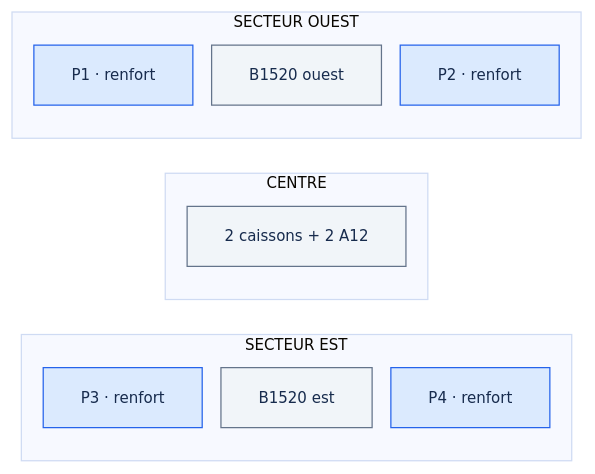
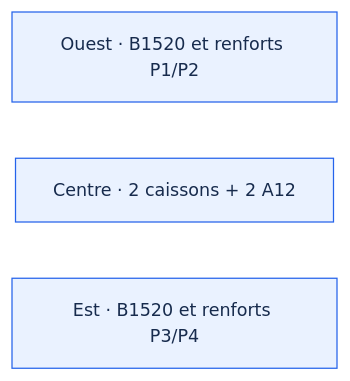
One commit to HAZIT-FR/PGE-SONO changed the third of 3 diagrams in README.md. Above: the diagram before and after it, drawn with Mermaid. The commit also changed other lines of this file, not shown here.

````diff
--- a/README.md
+++ b/README.md
@@ -97,25 +90,12 @@
 ```mermaid
-%%{init: {"flowchart": {"nodeSpacing": 15, "rankSpacing": 28, "htmlLabels": false}, "theme": "base", "themeVariables": {"fontSize": "12px", "lineColor": "#64748b"}}}%%
+%%{init: {"flowchart": {"nodeSpacing": 35, "rankSpacing": 45, "htmlLabels": false}, "theme": "base", "themeVariables": {"fontSize": "14px", "lineColor": "#64748b"}}}%%
 flowchart TB
-  subgraph West["SECTEUR OUEST"]
-    direction TB
-    P1["P1 · renfort"]
-    O["B1520 ouest"]
-    P2["P2 · renfort"]
-  end
-  subgraph Center["CENTRE"]
-    direction TB
-    C["2 caissons + 2 A12"]
-  end
-  subgraph East["SECTEUR EST"]
-    direction TB
-    P3["P3 · renfort"]
-    E["B1520 est"]
-    P4["P4 · renfort"]
-  end
-  West ~~~ Center ~~~ East
-  classDef addition fill:#dbeafe,stroke:#2563eb,color:#172b4d;
-  classDef existing fill:#f1f5f9,stroke:#64748b,color:#172b4d;
-  class P1,P2,P3,P4 addition;
+  accTitle: Extension de la diffusion à sept points
+  accDescr: Deux points de renfort à l'ouest, un point existant ouest, un point central, un point existant est et deux points de renfort à l'est.
+  O["Ouest · B1520 et renforts P1/P2"]
+  C["Centre · 2 caissons + 2 A12"]
+  E["Est · B1520 et renforts P3/P4"]
+  O ~~~ C ~~~ E
+  classDef existing fill:#eaf2ff,stroke:#2563eb,color:#172b4d;
   class O,C,E existing;
 ```
````
